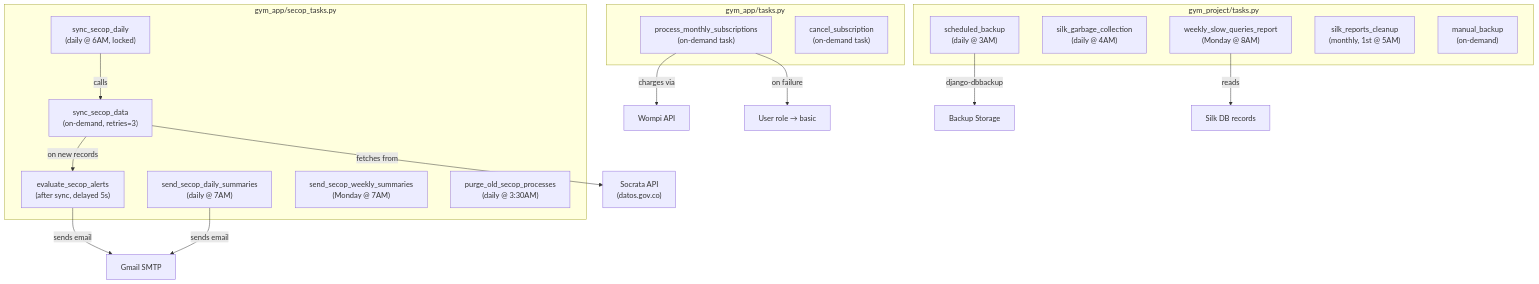
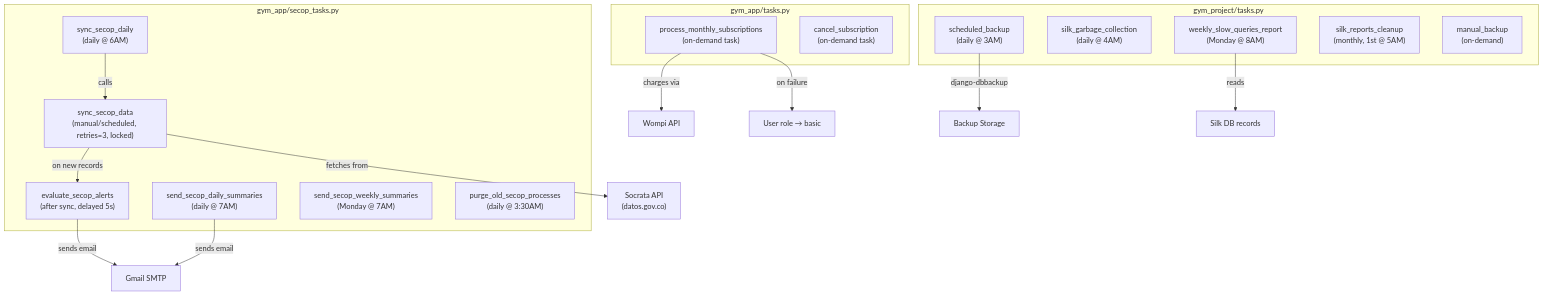
The fifth of 8 diagrams in docs/methodology/architecture.md (carlos18bp/gym_project), drawn with Mermaid before and after one commit. The commit also changed other lines of this file and 273 other files, not shown here.

````diff
--- a/docs/methodology/architecture.md
+++ b/docs/methodology/architecture.md
@@ -320,34 +334,34 @@
 ```mermaid
 flowchart TD
     subgraph Business["gym_app/tasks.py"]
         T1["process_monthly_subscriptions\n(on-demand task)"]
         T2["cancel_subscription\n(on-demand task)"]
     end
 
     subgraph Infra["gym_project/tasks.py"]
         T3["scheduled_backup\n(daily @ 3AM)"]
         T4["silk_garbage_collection\n(daily @ 4AM)"]
         T5["weekly_slow_queries_report\n(Monday @ 8AM)"]
         T6["silk_reports_cleanup\n(monthly, 1st @ 5AM)"]
         T7["manual_backup\n(on-demand)"]
     end
 
     subgraph SECOP["gym_app/secop_tasks.py"]
-        S1["sync_secop_daily\n(daily @ 6AM, locked)"]
-        S2["sync_secop_data\n(on-demand, retries=3)"]
+        S1["sync_secop_daily\n(daily @ 6AM)"]
+        S2["sync_secop_data\n(manual/scheduled, retries=3, locked)"]
         S3["evaluate_secop_alerts\n(after sync, delayed 5s)"]
         S4["send_secop_daily_summaries\n(daily @ 7AM)"]
         S5["send_secop_weekly_summaries\n(Monday @ 7AM)"]
         S6["purge_old_secop_processes\n(daily @ 3:30AM)"]
     end
 
     T1 -->|"charges via"| Wompi["Wompi API"]
     T1 -->|"on failure"| Downgrade["User role → basic"]
     T3 -->|"django-dbbackup"| Storage["Backup Storage"]
     T5 -->|"reads"| Silk["Silk DB records"]
     S1 -->|"calls"| S2
     S2 -->|"fetches from"| Socrata["Socrata API\n(datos.gov.co)"]
     S2 -->|"on new records"| S3
     S3 -->|"sends email"| SMTP2["Gmail SMTP"]
     S4 -->|"sends email"| SMTP2
 ```
````
